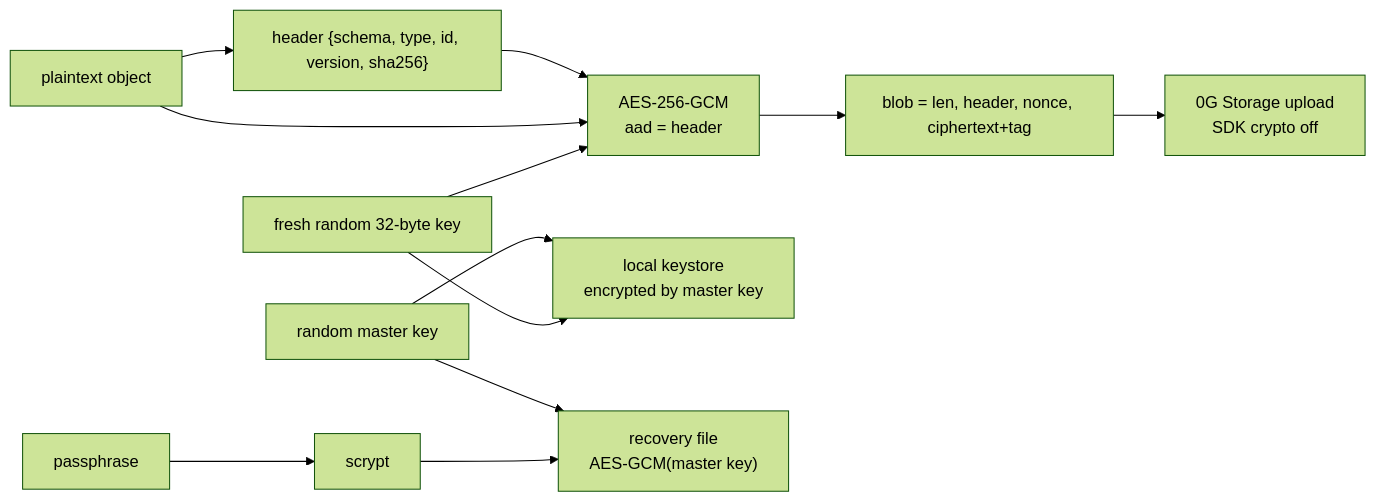
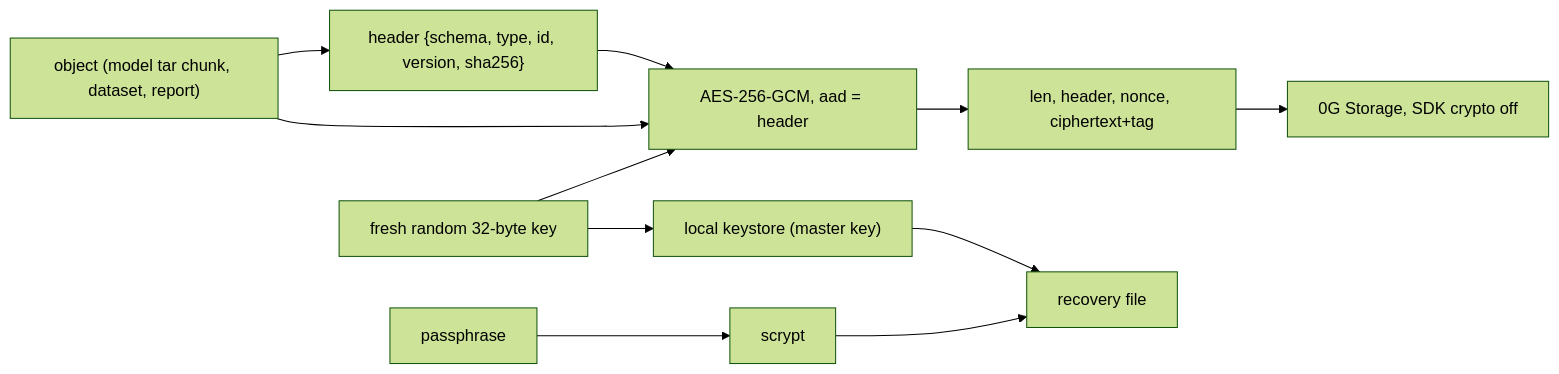
Diagram 11 of 16 in docs/ARCHITECTURE.md (Soni-Shivam/Pivot_HTE), drawn with Mermaid (forest theme) before and after one commit. The commit also changed other lines of this file and 7 other files, not shown here.

````diff
--- a/docs/ARCHITECTURE.md
+++ b/docs/ARCHITECTURE.md
@@ -308,12 +305,11 @@
 ```mermaid
 flowchart LR
-    PT["plaintext object"] --> H["header {schema, type, id, version, sha256}"]
-    K["fresh random 32-byte key"] --> G["AES-256-GCM<br/>aad = header"]
+    PT["object (model tar chunk, dataset, report)"] --> H["header {schema, type, id, version, sha256}"]
+    K["fresh random 32-byte key"] --> G["AES-256-GCM, aad = header"]
     PT --> G
     H --> G
-    G --> BLOB["blob = len, header, nonce, ciphertext+tag"] --> UP["0G Storage upload<br/>SDK crypto off"]
-    K --> KS["local keystore<br/>encrypted by master key"]
-    MK["random master key"] --> KS
-    PW["passphrase"] --> SC["scrypt"] --> RF["recovery file<br/>AES-GCM(master key)"]
-    MK --> RF
+    G --> BLOB["len, header, nonce, ciphertext+tag"] --> UP["0G Storage, SDK crypto off"]
+    K --> KS["local keystore (master key)"]
+    PW["passphrase"] --> SC["scrypt"] --> RF["recovery file"]
+    KS --> RF
 ```
````
